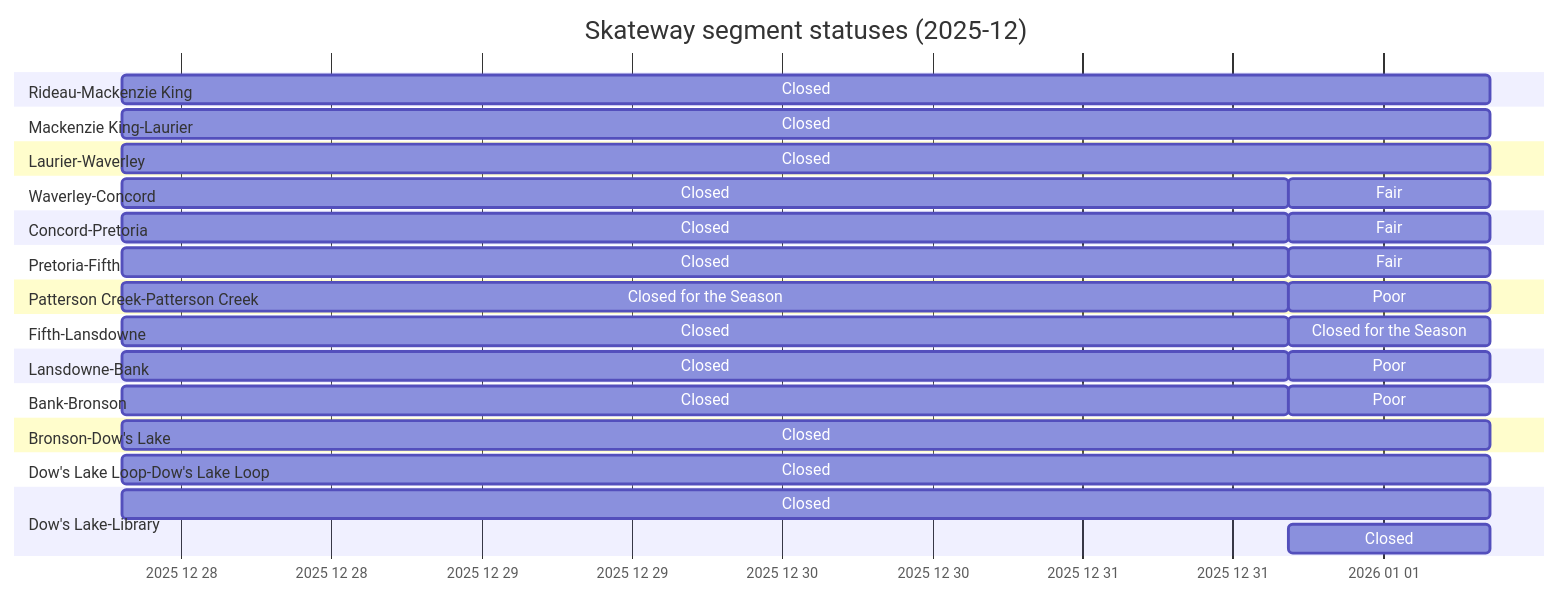
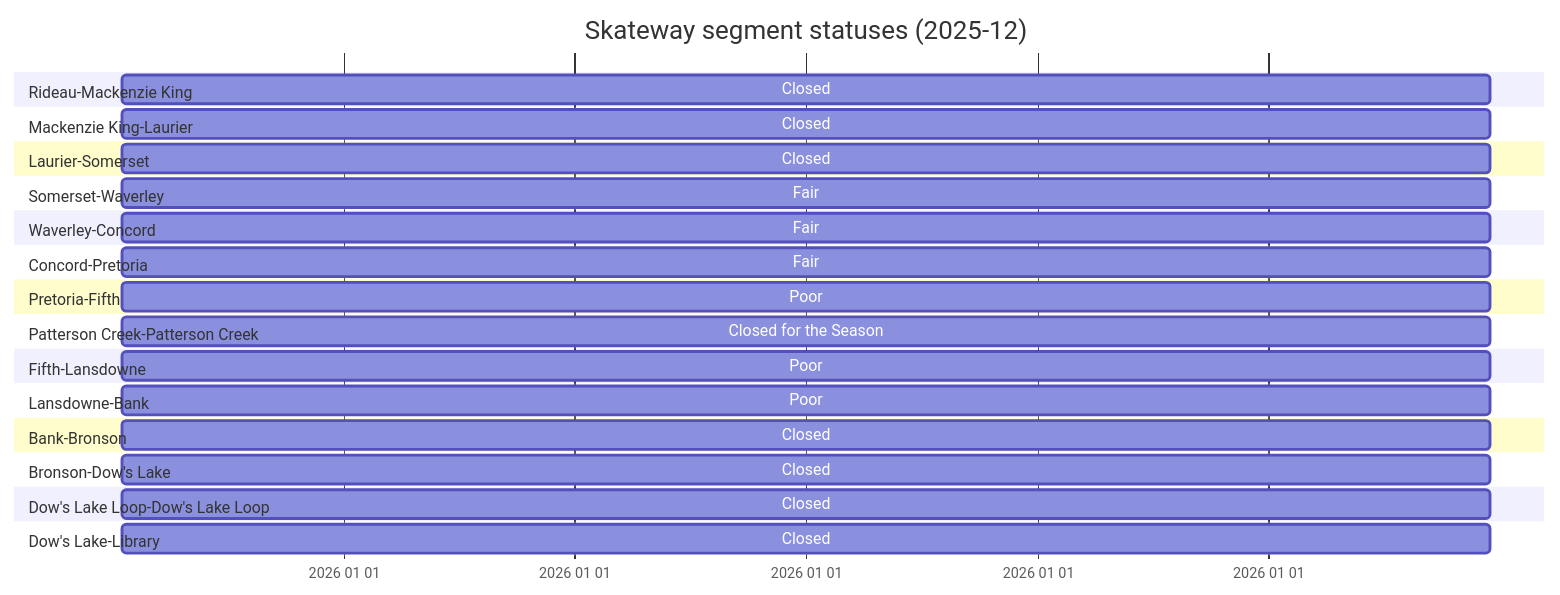
One commit to PatLittle/skateway_data changed the diagram in gantt.md. Above: the diagram before and after it, drawn with Mermaid. The commit also changed 3 other files, not shown here.

````diff
--- a/gantt.md
+++ b/gantt.md
@@ -2,51 +2,44 @@
 ```mermaid
 ---
 topAxis: true
 displayMode: compact
 config:
   themeCSS: " #vg { fill: Green } #g {fill: yellow} #f {fill: orange} #p {fill: red}      \n
 #c {fill: Black} #cs {fill: Black} #sc {fill: White} #wo {fill: saddlebrown} \n
             text[id^=cs] { fill: red; } text[id^=sc] { fill: red; }
         "
 ---
 
 gantt
   title Skateway segment statuses (2025-12)
   dateFormat  YYYY-MM-DD HH:mm:ss
   axisFormat  %Y %m %d
   section Rideau-Mackenzie King
-  Closed: c, 2025-12-27 19:17:23, 2026-01-01 08:31:42
+  Closed: c, 2025-12-31 21:07:33, 2026-01-01 14:52:27
   section Mackenzie King-Laurier
-  Closed: c, 2025-12-27 19:17:23, 2026-01-01 08:31:42
-  section Laurier-Waverley
-  Closed: c, 2025-12-27 19:17:23, 2026-01-01 08:31:42
+  Closed: c, 2025-12-31 21:07:33, 2026-01-01 14:52:27
+  section Laurier-Somerset
+  Closed: c, 2025-12-31 21:07:33, 2026-01-01 14:52:27
+  section Somerset-Waverley
+  Fair: f, 2025-12-31 21:07:33, 2026-01-01 14:52:27
   section Waverley-Concord
-  Closed: c, 2025-12-27 19:17:23, 2025-12-31 16:28:10
-  Fair: f, 2025-12-31 16:28:10, 2026-01-01 08:31:42
+  Fair: f, 2025-12-31 21:07:33, 2026-01-01 14:52:27
   section Concord-Pretoria
-  Closed: c, 2025-12-27 19:17:23, 2025-12-31 16:28:10
-  Fair: f, 2025-12-31 16:28:10, 2026-01-01 08:31:42
+  Fair: f, 2025-12-31 21:07:33, 2026-01-01 14:52:27
   section Pretoria-Fifth
-  Closed: c, 2025-12-27 19:17:23, 2025-12-31 16:28:10
-  Fair: f, 2025-12-31 16:28:10, 2026-01-01 08:31:42
+  Poor: p, 2025-12-31 21:07:33, 2026-01-01 14:52:27
   section Patterson Creek-Patterson Creek
-  Closed for the Season: cs, 2025-12-27 19:17:23, 2025-12-31 16:28:10
-  Poor: p, 2025-12-31 16:28:10, 2026-01-01 08:31:42
+  Closed for the Season: cs, 2025-12-31 21:07:33, 2026-01-01 14:52:27
   section Fifth-Lansdowne
-  Closed: c, 2025-12-27 19:17:23, 2025-12-31 16:28:10
-  Closed for the Season: cs, 2025-12-31 16:28:10, 2026-01-01 08:31:42
+  Poor: p, 2025-12-31 21:07:33, 2026-01-01 14:52:27
   section Lansdowne-Bank
-  Closed: c, 2025-12-27 19:17:23, 2025-12-31 16:28:10
-  Poor: p, 2025-12-31 16:28:10, 2026-01-01 08:31:42
+  Poor: p, 2025-12-31 21:07:33, 2026-01-01 14:52:27
   section Bank-Bronson
-  Closed: c, 2025-12-27 19:17:23, 2025-12-31 16:28:10
-  Poor: p, 2025-12-31 16:28:10, 2026-01-01 08:31:42
+  Closed: c, 2025-12-31 21:07:33, 2026-01-01 14:52:27
   section Bronson-Dow's Lake
-  Closed: c, 2025-12-27 19:17:23, 2026-01-01 08:31:42
+  Closed: c, 2025-12-31 21:07:33, 2026-01-01 14:52:27
   section Dow's Lake Loop-Dow's Lake Loop
-  Closed: c, 2025-12-27 19:17:23, 2026-01-01 08:31:42
+  Closed: c, 2025-12-31 21:07:33, 2026-01-01 14:52:27
   section Dow's Lake-Library
-  Closed: c, 2025-12-27 19:17:23, 2026-01-01 08:31:42
-  section Dow's Lake-Library
-  Closed: c, 2025-12-31 16:28:10, 2026-01-01 08:31:42
+  Closed: c, 2025-12-31 21:07:33, 2026-01-01 14:52:27
 ```
````
